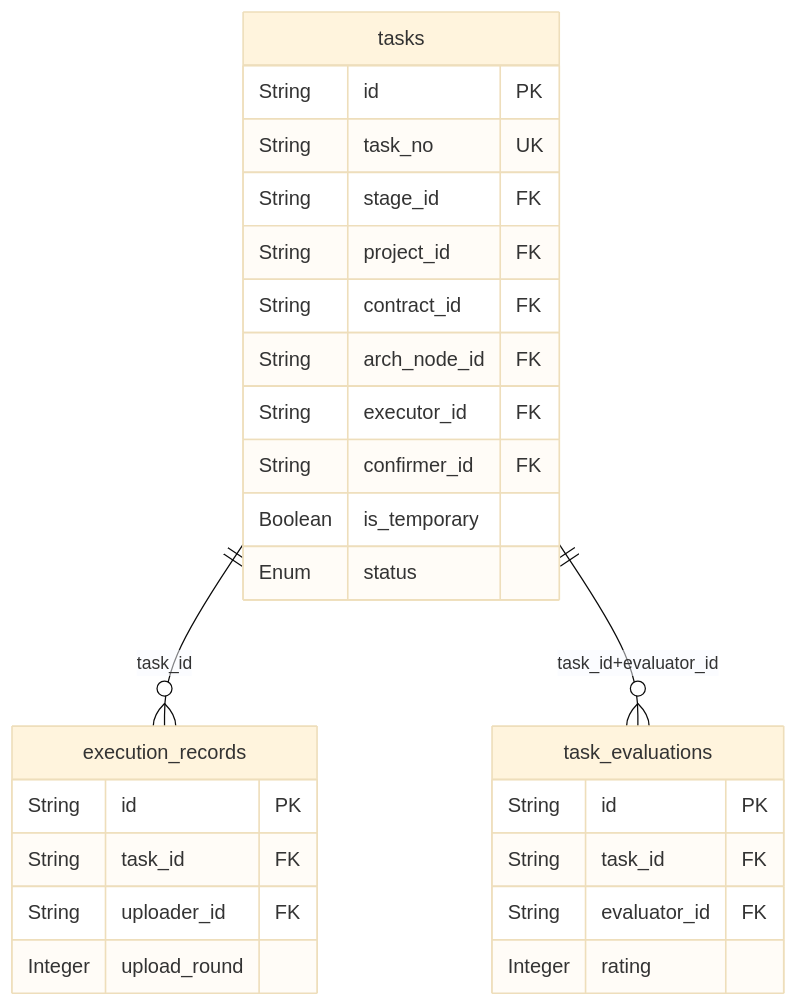
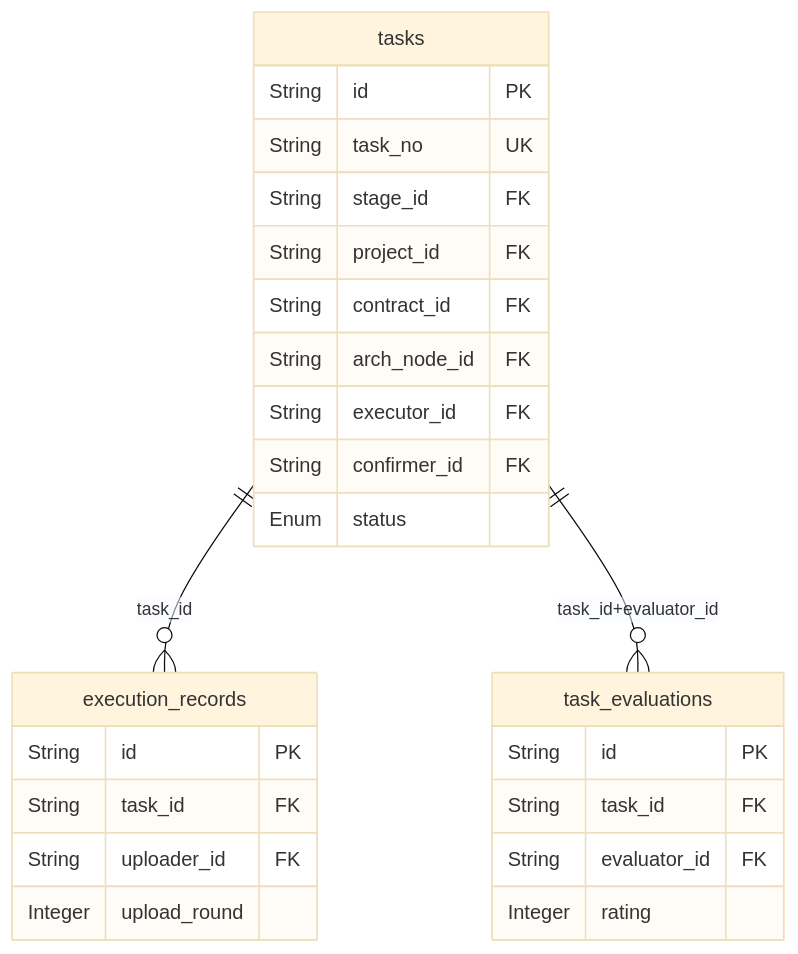
One commit to Zhaobo12345/LZJBC-XH changed the fifth of 6 diagrams in 数据库ER图与索引设计方案.md. Above: the diagram before and after it, drawn with Mermaid (base theme). The commit also changed other lines of this file and 17 other files, not shown here.

````diff
--- a/数据库ER图与索引设计方案.md
+++ b/数据库ER图与索引设计方案.md
@@ -491,29 +490,28 @@
 ```mermaid
 erDiagram
     tasks {
         String id PK
         String task_no UK
         String stage_id FK
         String project_id FK
         String contract_id FK
         String arch_node_id FK
         String executor_id FK
         String confirmer_id FK
-        Boolean is_temporary
         Enum status
     }
     execution_records {
         String id PK
         String task_id FK
         String uploader_id FK
         Integer upload_round
     }
     task_evaluations {
         String id PK
         String task_id FK
         String evaluator_id FK
         Integer rating
     }
     tasks ||--o{ execution_records : "task_id"
     tasks ||--o{ task_evaluations : "task_id+evaluator_id"
 ```
````
